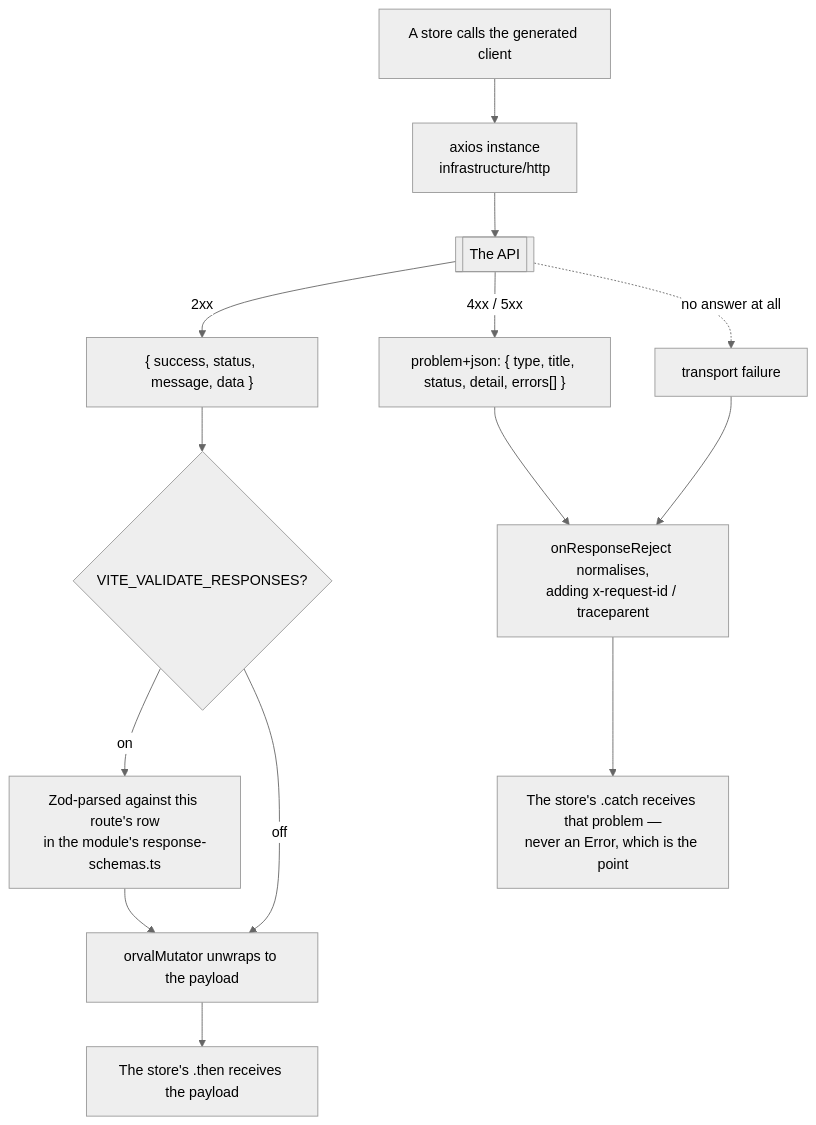
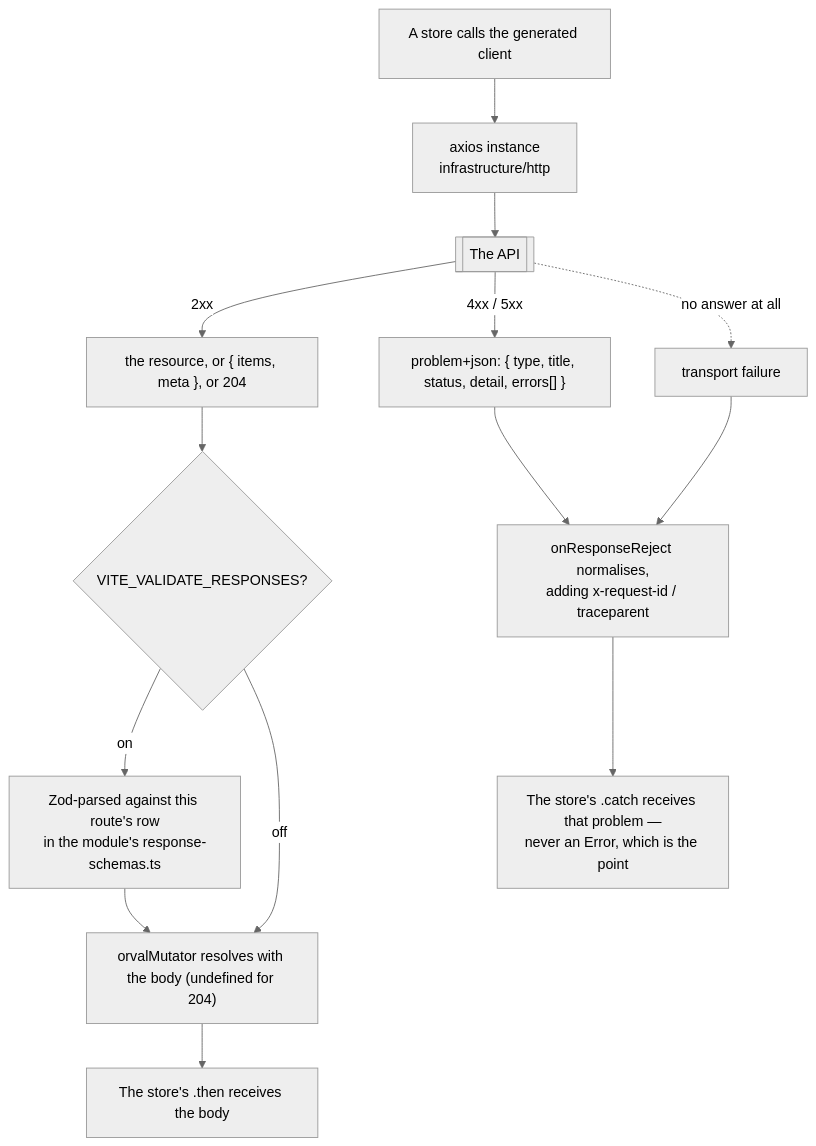
Before and after one commit to Guebbit/boilerplate-vue-frontend: the first of 2 diagrams in docs/api/endpoints.md, drawn with Mermaid (neutral theme). The commit also changed other lines of this file and 24 other files, not shown here.

First line of the commit message:
docs(api): describe the unwrapped success body the client reads

````diff
--- a/docs/api/endpoints.md
+++ b/docs/api/endpoints.md
@@ -13,18 +14,18 @@
 ```mermaid
 flowchart TD
     C["A store calls the generated client"] --> I["axios instance<br/>infrastructure/http"]
     I --> API[["The API"]]
 
-    API -->|"2xx"| OK["{ success, status, message, data }"]
+    API -->|"2xx"| OK["the resource, or { items, meta }, or 204"]
     OK --> V{"VITE_VALIDATE_RESPONSES?"}
     V -->|"on"| Z["Zod-parsed against this route's row<br/>in the module's response-schemas.ts"]
     V -->|"off"| U
-    Z --> U["orvalMutator unwraps to the payload"]
-    U --> S["The store's .then receives the payload"]
+    Z --> U["orvalMutator resolves with the body (undefined for 204)"]
+    U --> S["The store's .then receives the body"]
 
     API -->|"4xx / 5xx"| E["problem+json: { type, title, status, detail, errors[] }"]
     API -.->|"no answer at all"| X["transport failure"]
     E --> N["onResponseReject normalises,<br/>adding x-request-id / traceparent"]
     X --> N
     N --> R["The store's .catch receives that problem —<br/>never an Error, which is the point"]
 ```
````
